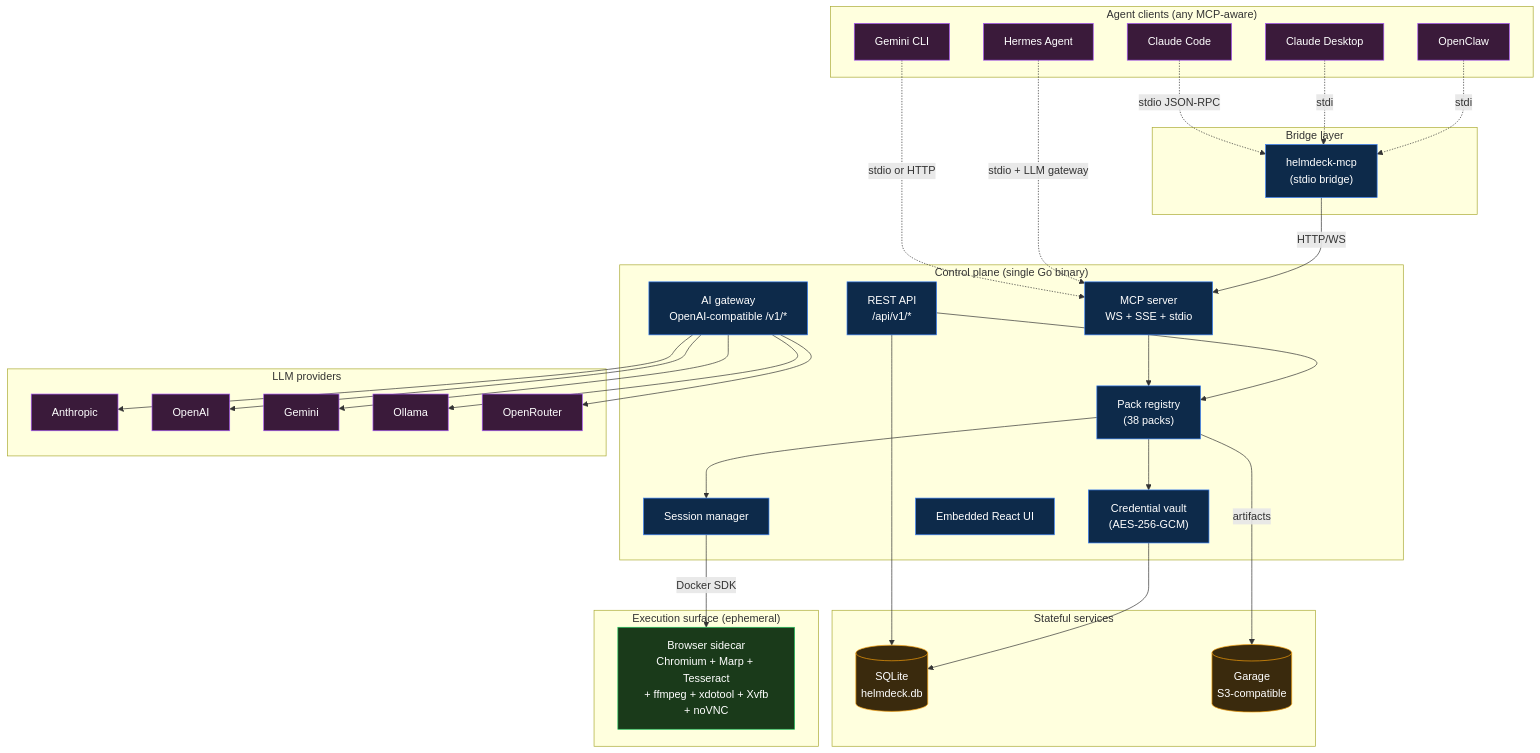
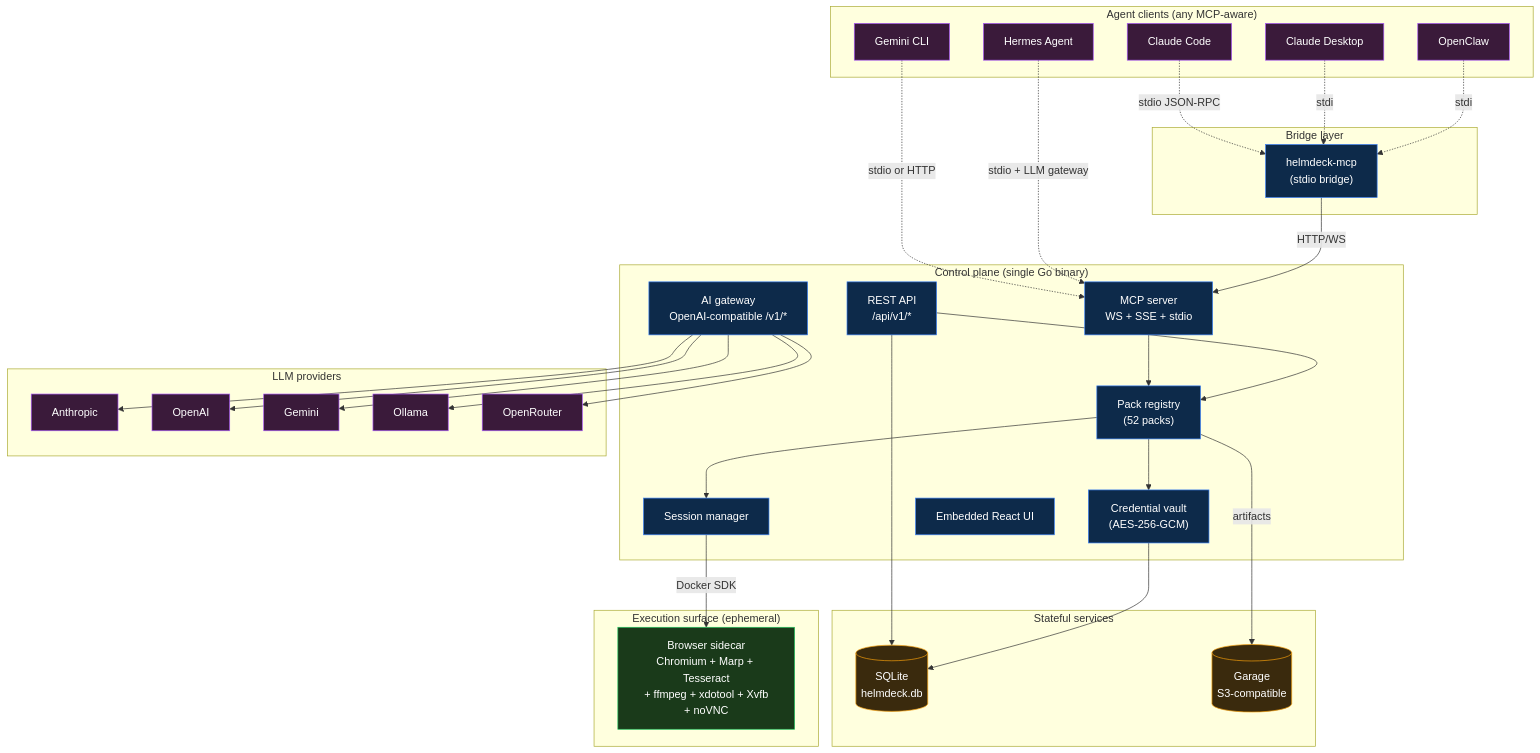
Before and after one commit to tosin2013/helmdeck: the first of 7 diagrams in docs/reference/architecture.md, drawn with Mermaid. The commit also changed other lines of this file and 44 other files, not shown here.

````diff
--- a/docs/reference/architecture.md
+++ b/docs/reference/architecture.md
@@ -26,71 +26,71 @@
 ```mermaid
 graph TB
     subgraph clients["Agent clients (any MCP-aware)"]
         cc["Claude Code"]
         cd["Claude Desktop"]
         oc["OpenClaw"]
         gc["Gemini CLI"]
         ha["Hermes Agent"]
     end
 
     subgraph bridge_layer["Bridge layer"]
         bridge["helmdeck-mcp<br/>(stdio bridge)"]
     end
 
     subgraph control_plane["Control plane (single Go binary)"]
         api["REST API<br/>/api/v1/*"]
         mcp_server["MCP server<br/>WS + SSE + stdio"]
         gateway["AI gateway<br/>OpenAI-compatible /v1/*"]
-        registry["Pack registry<br/>(38 packs)"]
+        registry["Pack registry<br/>(52 packs)"]
         vault["Credential vault<br/>(AES-256-GCM)"]
         sess_mgr["Session manager"]
         ui["Embedded React UI"]
     end
 
     subgraph state["Stateful services"]
         sqlite[("SQLite<br/>helmdeck.db")]
         garage[("Garage<br/>S3-compatible")]
     end
 
     subgraph execution["Execution surface (ephemeral)"]
         sidecar["Browser sidecar<br/>Chromium + Marp + Tesseract<br/>+ ffmpeg + xdotool + Xvfb<br/>+ noVNC"]
     end
 
     subgraph llms["LLM providers"]
         anthropic["Anthropic"]
         openai["OpenAI"]
         gemini["Gemini"]
         ollama["Ollama"]
         openrouter["OpenRouter"]
     end
 
     cc -.stdio JSON-RPC.-> bridge
     cd -.stdio.-> bridge
     oc -.stdio.-> bridge
     gc -.stdio or HTTP.-> mcp_server
     ha -.stdio + LLM gateway.-> mcp_server
 
     bridge -- HTTP/WS --> mcp_server
     mcp_server --> registry
     api --> registry
     registry --> sess_mgr
     registry --> vault
     sess_mgr -- Docker SDK --> sidecar
     api --> sqlite
     vault --> sqlite
     registry -- artifacts --> garage
     gateway --> anthropic
     gateway --> openai
     gateway --> gemini
     gateway --> ollama
     gateway --> openrouter
 
     classDef binary fill:#0d2a4a,stroke:#3b82f6,color:#fff
     classDef stateful fill:#3a2a0d,stroke:#f59e0b,color:#fff
     classDef ephemeral fill:#1a3a1a,stroke:#22c55e,color:#fff
     classDef external fill:#3a1a3a,stroke:#a855f7,color:#fff
     class api,mcp_server,gateway,registry,vault,sess_mgr,ui,bridge binary
     class sqlite,garage stateful
     class sidecar ephemeral
     class anthropic,openai,gemini,ollama,openrouter,cc,cd,oc,gc,ha external
 ```
````
